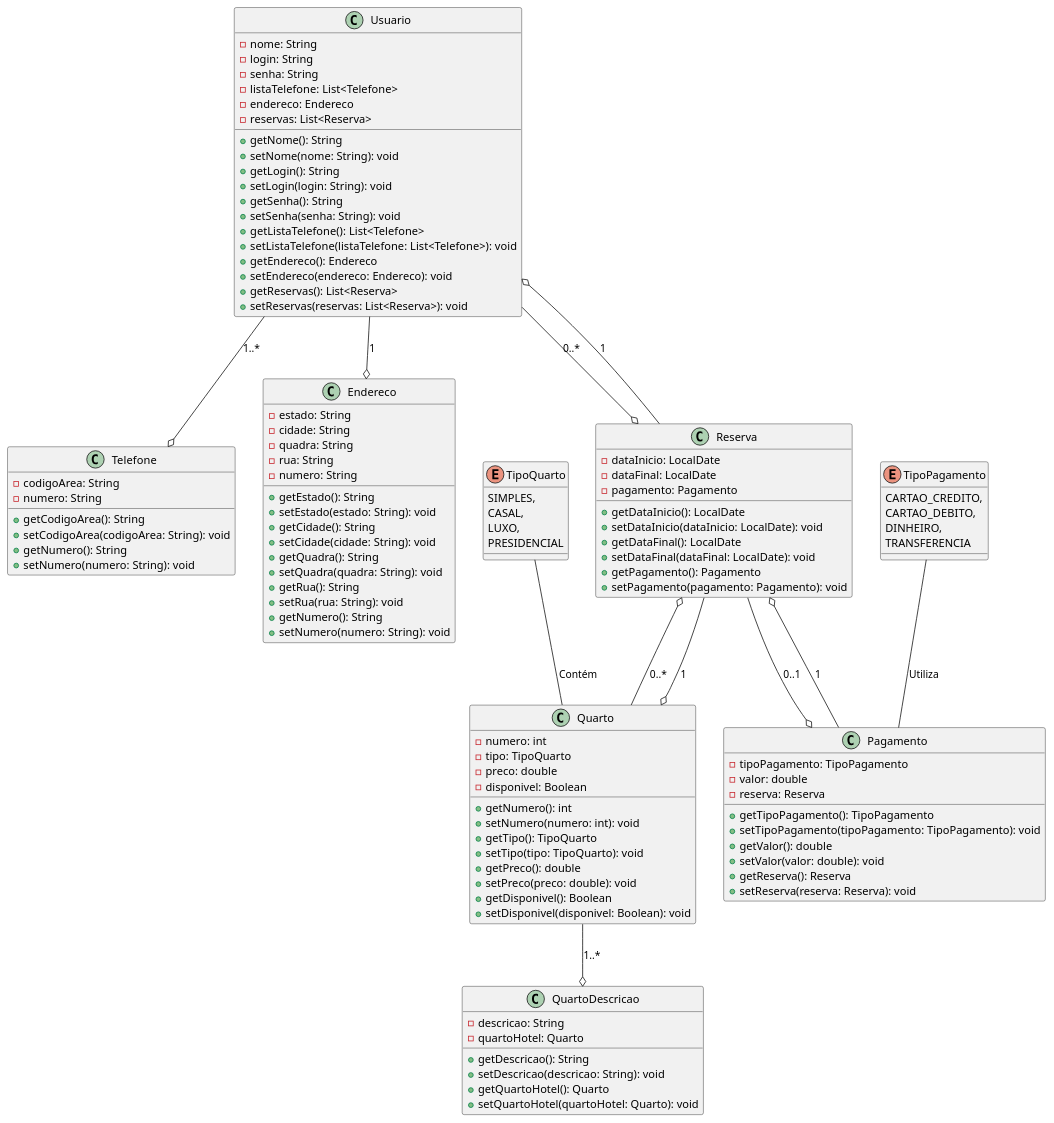
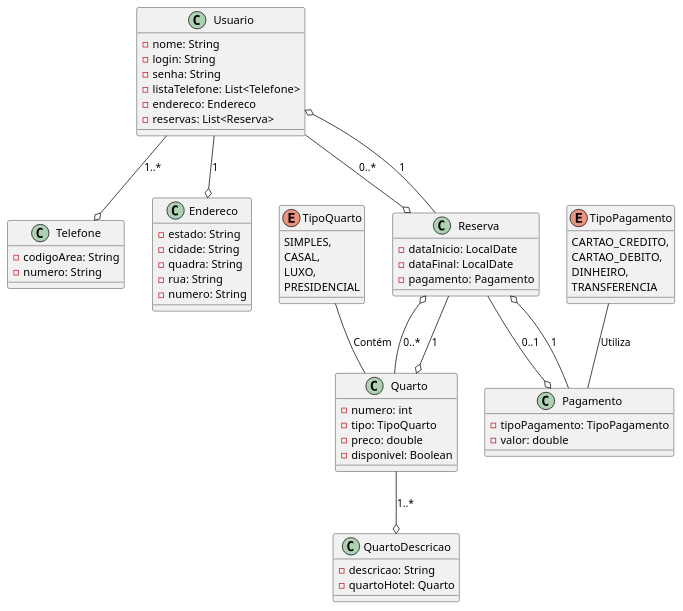
Before and after one commit to JoaoPOPaulino/quarkus-topicos1-2023-2: the diagram in src/main/java/br/unitins/topicos1/model/Diagrama.puml, drawn with PlantUML.

```diff
--- a/src/main/java/br/unitins/topicos1/model/Diagrama.puml
+++ b/src/main/java/br/unitins/topicos1/model/Diagrama.puml
@@ -1,125 +1,74 @@
 @startuml Hotel
 
 class Usuario {
   - nome: String
   - login: String
   - senha: String
   - listaTelefone: List<Telefone>
   - endereco: Endereco
-  + getNome(): String
-  + setNome(nome: String): void
-  + getLogin(): String
-  + setLogin(login: String): void
-  + getSenha(): String
-  + setSenha(senha: String): void
-  + getListaTelefone(): List<Telefone>
-  + setListaTelefone(listaTelefone: List<Telefone>): void
-  + getEndereco(): Endereco
-  + setEndereco(endereco: Endereco): void
   - reservas: List<Reserva>
-  + getReservas(): List<Reserva>
-  + setReservas(reservas: List<Reserva>): void
 }
 
 class Telefone {
   - codigoArea: String
   - numero: String
-  + getCodigoArea(): String
-  + setCodigoArea(codigoArea: String): void
-  + getNumero(): String
-  + setNumero(numero: String): void
 }
 
 class Endereco {
   - estado: String
   - cidade: String
   - quadra: String
   - rua: String
   - numero: String
-  + getEstado(): String
-  + setEstado(estado: String): void
-  + getCidade(): String
-  + setCidade(cidade: String): void
-  + getQuadra(): String
-  + setQuadra(quadra: String): void
-  + getRua(): String
-  + setRua(rua: String): void
-  + getNumero(): String
-  + setNumero(numero: String): void
 }
 
 class Reserva {
   - dataInicio: LocalDate
   - dataFinal: LocalDate
   - pagamento: Pagamento
-  + getDataInicio(): LocalDate
-  + setDataInicio(dataInicio: LocalDate): void
-  + getDataFinal(): LocalDate
-  + setDataFinal(dataFinal: LocalDate): void
-  + getPagamento(): Pagamento
-  + setPagamento(pagamento: Pagamento): void
 }
 
 class Pagamento {
   - tipoPagamento: TipoPagamento
   - valor: double
-  + getTipoPagamento(): TipoPagamento
-  + setTipoPagamento(tipoPagamento: TipoPagamento): void
-  + getValor(): double
-  + setValor(valor: double): void
-  - reserva: Reserva
-  + getReserva(): Reserva
-  + setReserva(reserva: Reserva): void
 }
 
 class Quarto {
   - numero: int
   - tipo: TipoQuarto
   - preco: double
   - disponivel: Boolean
-  + getNumero(): int
-  + setNumero(numero: int): void
-  + getTipo(): TipoQuarto
-  + setTipo(tipo: TipoQuarto): void
-  + getPreco(): double
-  + setPreco(preco: double): void
-  + getDisponivel(): Boolean
-  + setDisponivel(disponivel: Boolean): void
 }
 
 class QuartoDescricao {
   - descricao: String
   - quartoHotel: Quarto
-  + getDescricao(): String
-  + setDescricao(descricao: String): void
-  + getQuartoHotel(): Quarto
-  + setQuartoHotel(quartoHotel: Quarto): void
 }
 
 enum TipoQuarto {
   SIMPLES,
   CASAL,
   LUXO,
   PRESIDENCIAL
 }
 
 enum TipoPagamento {
   CARTAO_CREDITO,
   CARTAO_DEBITO,
   DINHEIRO,
   TRANSFERENCIA
 }
 
 Usuario --o Telefone : 1..*
 Usuario --o Endereco : 1
 Usuario --o Reserva : 0..*
 Reserva --o Quarto : 1
 Reserva --o Usuario : 1
 Reserva --o Pagamento : 0..1
 Pagamento --o Reserva : 1
 Quarto --o QuartoDescricao : 1..*
 Quarto --o Reserva : 0..*
 TipoQuarto -- Quarto : Contém
 TipoPagamento -- Pagamento : Utiliza
 
 @enduml
```
